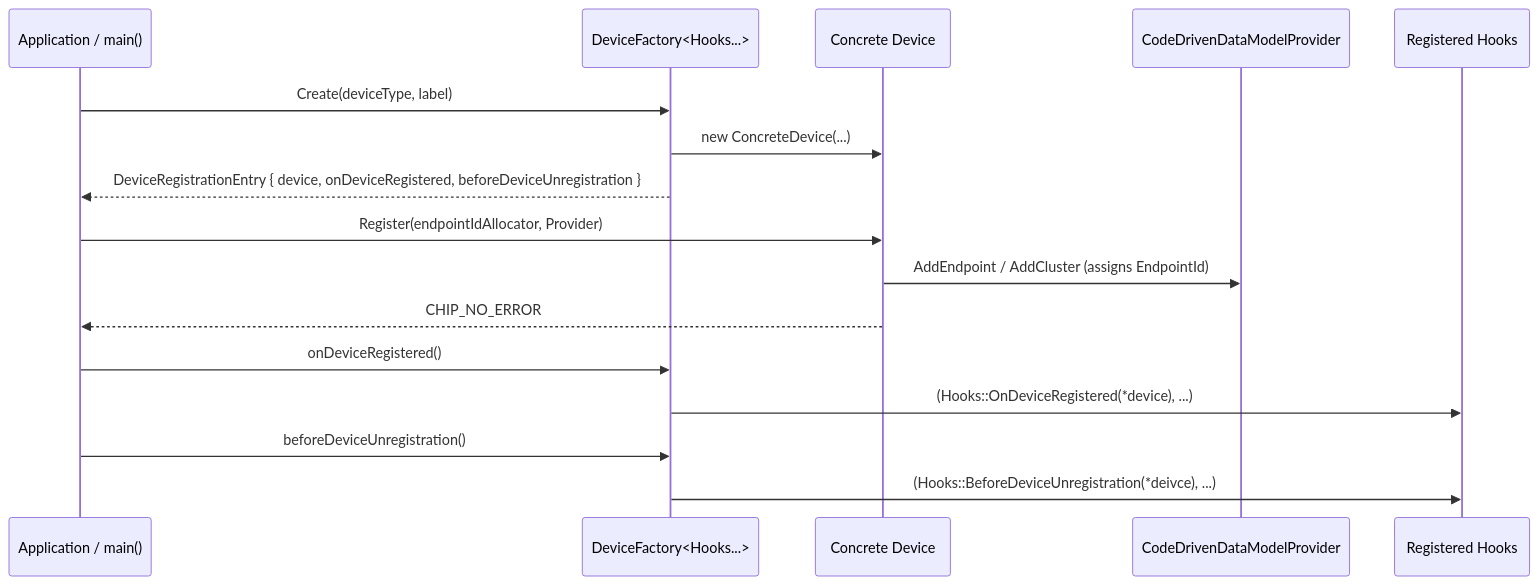
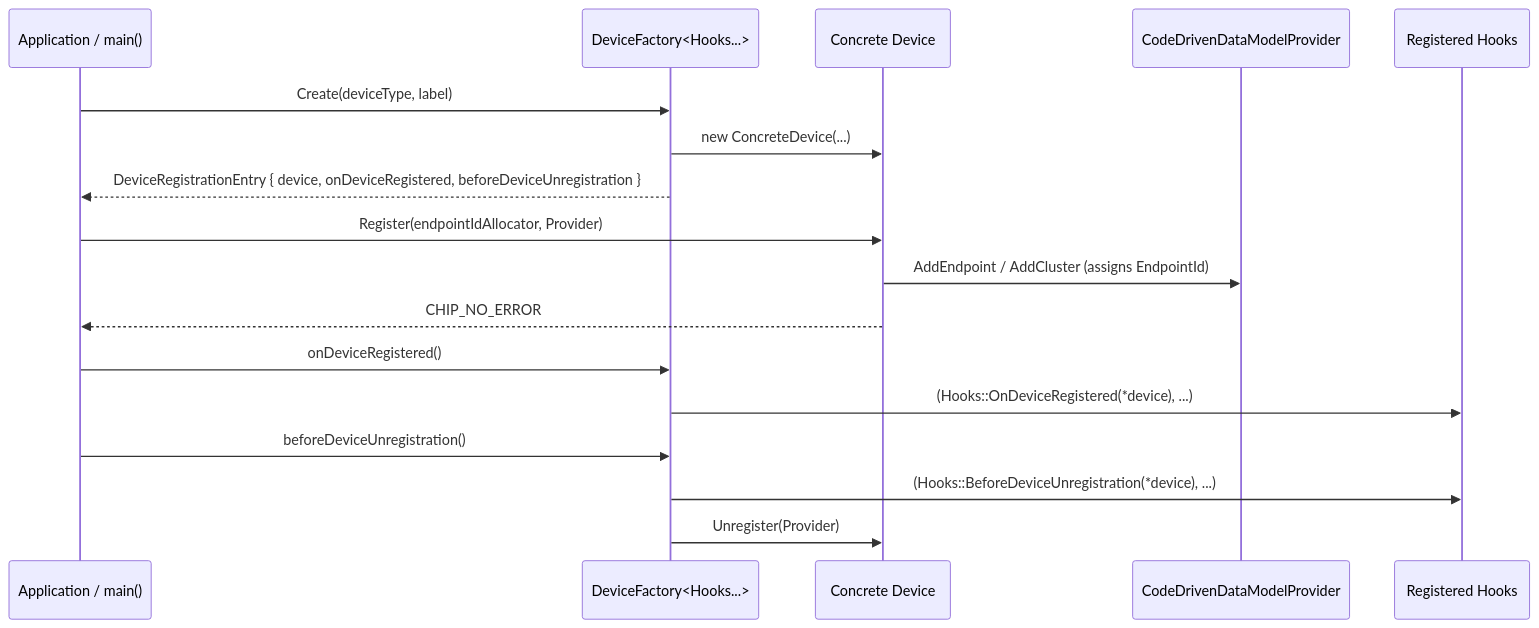
Before and after one commit to project-chip/connectedhomeip: the fourth of 4 diagrams in examples/all-devices-app/docs/architecture.md, drawn with Mermaid. The commit also changed other lines of this file and 2 other files, not shown here.

````diff
--- a/examples/all-devices-app/docs/architecture.md
+++ b/examples/all-devices-app/docs/architecture.md
@@ -215,22 +215,23 @@
 ```mermaid
 sequenceDiagram
     participant App as Application / main()
     participant Factory as DeviceFactory<Hooks...>
     participant Device as Concrete Device
     participant Provider as CodeDrivenDataModelProvider
     participant Hook as Registered Hooks
 
     App->>Factory: Create(deviceType, label)
     Factory->>Device: new ConcreteDevice(...)
     Factory-->>App: DeviceRegistrationEntry { device, onDeviceRegistered, beforeDeviceUnregistration }
 
     App->>Device: Register(endpointIdAllocator, Provider)
     Device->>Provider: AddEndpoint / AddCluster (assigns EndpointId)
     Device-->>App: CHIP_NO_ERROR
 
     App->>Factory: onDeviceRegistered()
     Factory->>Hook: (Hooks::OnDeviceRegistered(*device), ...)
 
     App->>Factory: beforeDeviceUnregistration()
-    Factory->>Hook: (Hooks::BeforeDeviceUnregistration(*deivce), ...)
+    Factory->>Hook: (Hooks::BeforeDeviceUnregistration(*device), ...)
+    Factory->>Device: Unregister(Provider)
 ```
````
